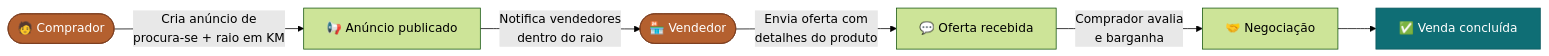
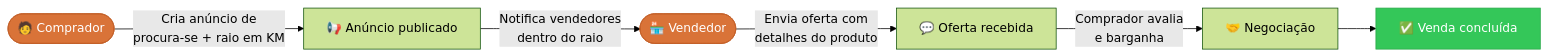
One commit to felipegf1/docs-grupo3-tppe changed the diagram in docs/index.md. Above: the diagram before and after it, drawn with Mermaid (forest theme). The commit also changed other lines of this file and 9 other files, not shown here.

````diff
--- a/docs/index.md
+++ b/docs/index.md
@@ -55,12 +55,12 @@
 ```mermaid
 flowchart LR
     A(["🧑 Comprador"]) -->|Cria anúncio de<br/>procura-se + raio em KM| B["📢 Anúncio publicado"]
     B -->|Notifica vendedores<br/>dentro do raio| C(["🏪 Vendedor"])
     C -->|Envia oferta com<br/>detalhes do produto| D["💬 Oferta recebida"]
     D -->|Comprador avalia<br/>e barganha| E["🤝 Negociação"]
     E --> F["✅ Venda concluída"]
 
-    style A fill:#b4602f,stroke:#7b3e1f,color:#fff
-    style C fill:#b4602f,stroke:#7b3e1f,color:#fff
-    style F fill:#0f6e75,stroke:#0d585e,color:#fff
+    style A fill:#D97338,stroke:#C25F27,color:#fff
+    style C fill:#D97338,stroke:#C25F27,color:#fff
+    style F fill:#34C759,stroke:#2BA84A,color:#fff
 ```
````
